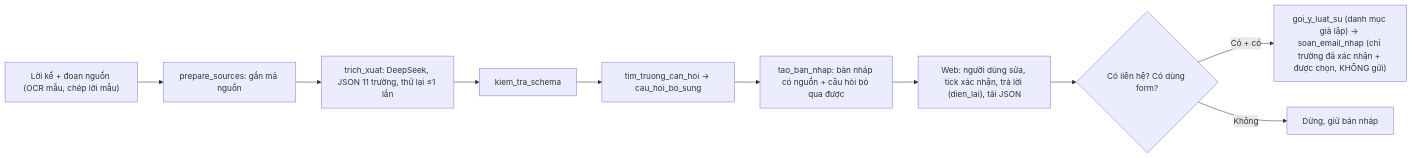
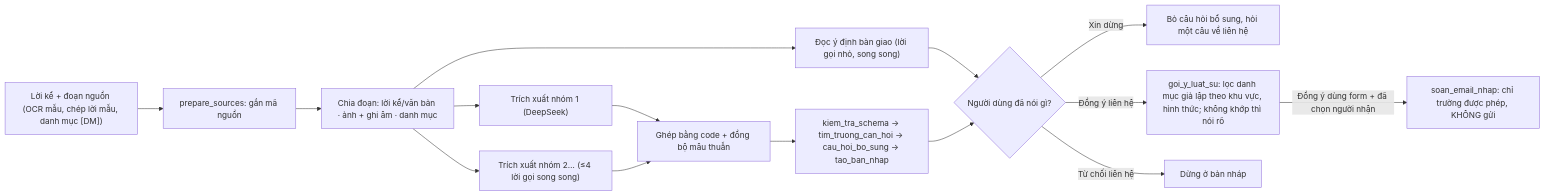
One commit to Ama2352/K5-Day15-L3B-TeaParty changed the second of 2 diagrams in spec.md. Above: the diagram before and after it, drawn with Mermaid. The commit also changed other lines of this file and 5 other files, not shown here.

````diff
--- a/spec.md
+++ b/spec.md
@@ -98,12 +98,17 @@
   ```mermaid
   flowchart LR
-    A["Lời kể + đoạn nguồn (OCR mẫu, chép lời mẫu)"] --> B["prepare_sources: gắn mã nguồn"]
-    B --> C["trich_xuat: DeepSeek, JSON 11 trường, thử lại ≤1 lần"]
-    C --> D["kiem_tra_schema"]
-    D --> E["tim_truong_can_hoi → cau_hoi_bo_sung"]
-    E --> F["tao_ban_nhap: bản nháp có nguồn + câu hỏi bỏ qua được"]
-    F --> G["Web: người dùng sửa, tick xác nhận, trả lời (dien_lai), tải JSON"]
-    G --> H{"Có liên hệ? Có dùng form?"}
-    H -->|Có + có| I["goi_y_luat_su (danh mục giả lập) → soan_email_nhap (chỉ trường đã xác nhận + được chọn, KHÔNG gửi)"]
-    H -->|Không| J["Dừng, giữ bản nháp"]
+    A["Lời kể + đoạn nguồn (OCR mẫu, chép lời mẫu, danh mục [DM])"] --> B["prepare_sources: gắn mã nguồn"]
+    B --> C["Chia đoạn: lời kể/văn bản · ảnh + ghi âm · danh mục"]
+    C --> D1["Trích xuất nhóm 1 (DeepSeek)"]
+    C --> D2["Trích xuất nhóm 2… (≤4 lời gọi song song)"]
+    C --> D3["Đọc ý định bàn giao (lời gọi nhỏ, song song)"]
+    D1 --> E["Ghép bằng code + đồng bộ mâu thuẫn"]
+    D2 --> E
+    E --> F["kiem_tra_schema → tim_truong_can_hoi → cau_hoi_bo_sung → tao_ban_nhap"]
+    D3 --> G{"Người dùng đã nói gì?"}
+    F --> G
+    G -->|Xin dừng| H["Bỏ câu hỏi bổ sung, hỏi một câu về liên hệ"]
+    G -->|Đồng ý liên hệ| I["goi_y_luat_su: lọc danh mục giả lập theo khu vực, hình thức; không khớp thì nói rõ"]
+    I -->|Đồng ý dùng form + đã chọn người nhận| J["soan_email_nhap: chỉ trường được phép, KHÔNG gửi"]
+    G -->|Từ chối liên hệ| K["Dừng ở bản nháp"]
   ```
````
